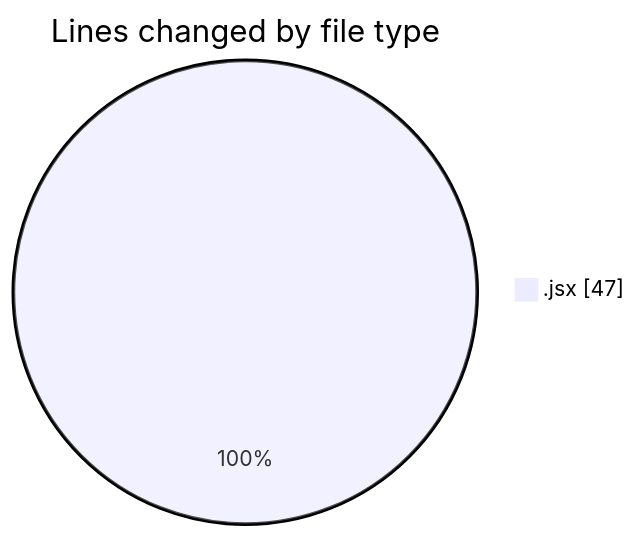
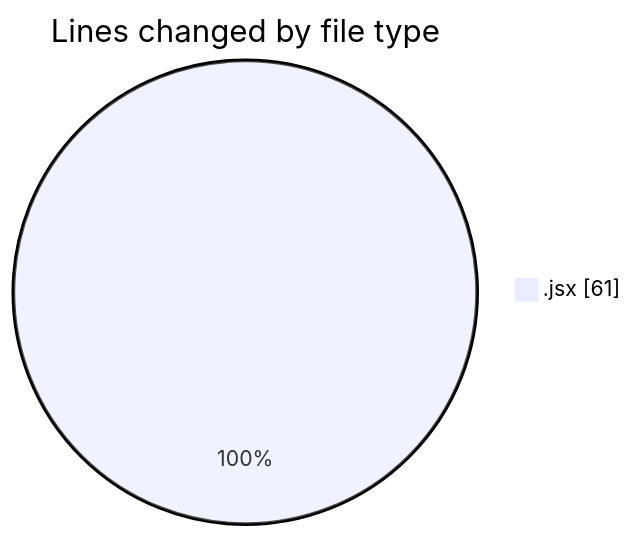
Before and after one commit to nxtqubesakshisongat/code-tracking: the first of 2 diagrams in 2025-06-26/nxtqube_webapp/README.md, drawn with Mermaid. The commit also changed other lines of this file and 1 other file, not shown here.

````diff
--- a/2025-06-26/nxtqube_webapp/README.md
+++ b/2025-06-26/nxtqube_webapp/README.md
@@ -20,5 +20,5 @@
 ```mermaid
 pie showData
 title Lines changed by file type
-".jsx" : 47
+".jsx" : 61
 ```
````
